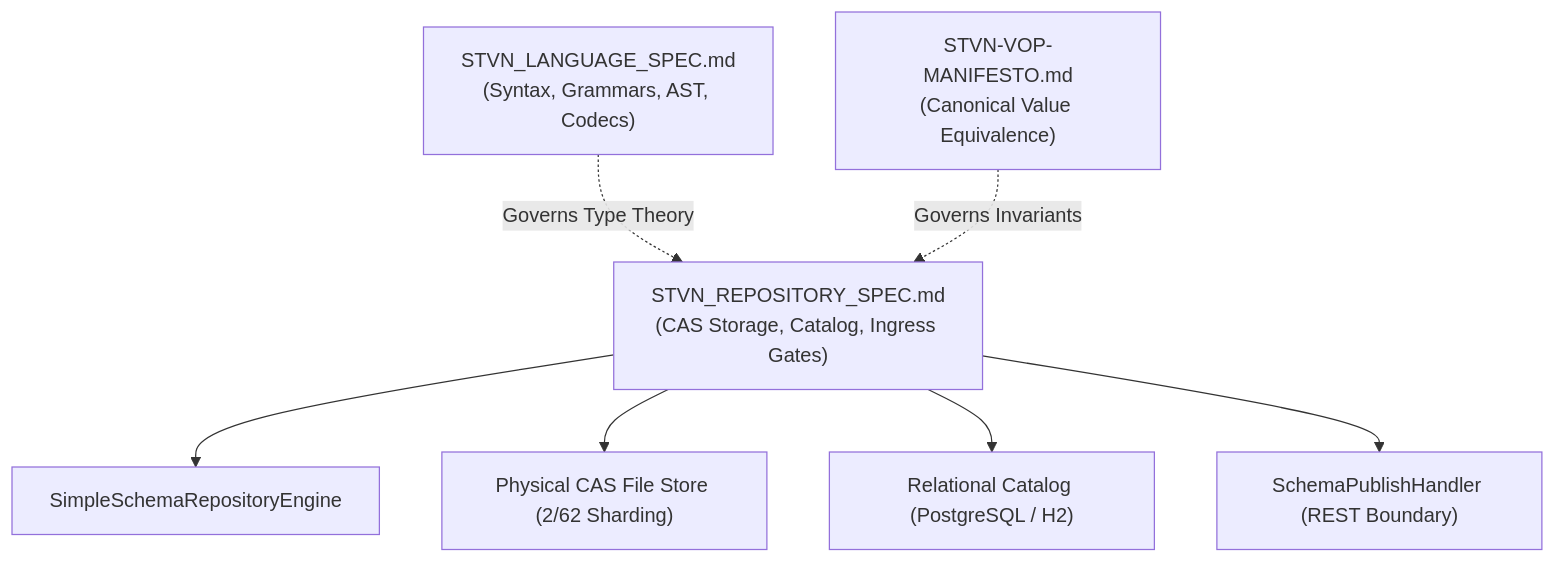
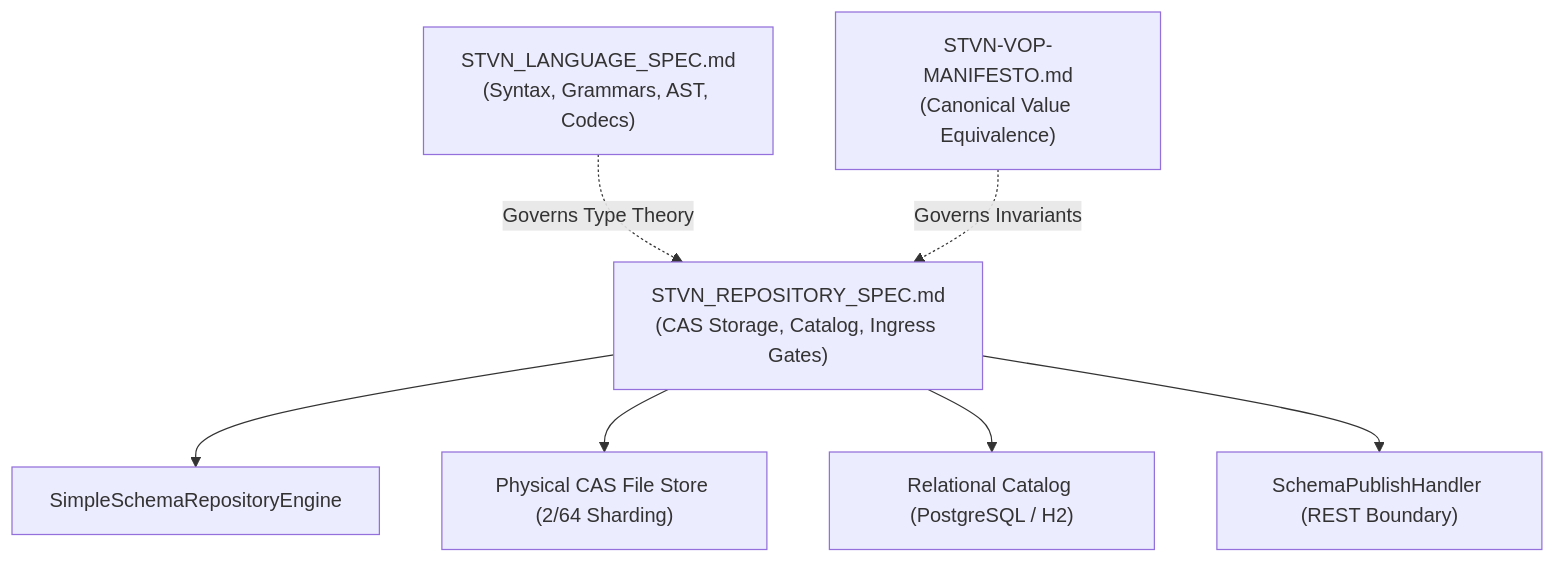
Before and after one commit to chaotic3quilibrium/stvnadore-repository: the first of 3 diagrams in docs/architecture/STVN_REPOSITORY_SPEC.md, drawn with Mermaid. The commit also changed other lines of this file and 21 other files, not shown here.

````diff
--- a/docs/architecture/STVN_REPOSITORY_SPEC.md
+++ b/docs/architecture/STVN_REPOSITORY_SPEC.md
@@ -19,10 +19,10 @@
 ```mermaid
 flowchart TD
     LangSpec["STVN_LANGUAGE_SPEC.md\n(Syntax, Grammars, AST, Codecs)"] -.->|"Governs Type Theory"| RepoSpec["STVN_REPOSITORY_SPEC.md\n(CAS Storage, Catalog, Ingress Gates)"]
     VOP["STVN-VOP-MANIFESTO.md\n(Canonical Value Equivalence)"] -.->|"Governs Invariants"| RepoSpec
 
     RepoSpec --> Engine["SimpleSchemaRepositoryEngine"]
-    RepoSpec --> CAS["Physical CAS File Store (2/62 Sharding)"]
+    RepoSpec --> CAS["Physical CAS File Store (2/64 Sharding)"]
     RepoSpec --> Catalog["Relational Catalog (PostgreSQL / H2)"]
     RepoSpec --> Edge["SchemaPublishHandler (REST Boundary)"]
 ```
````
